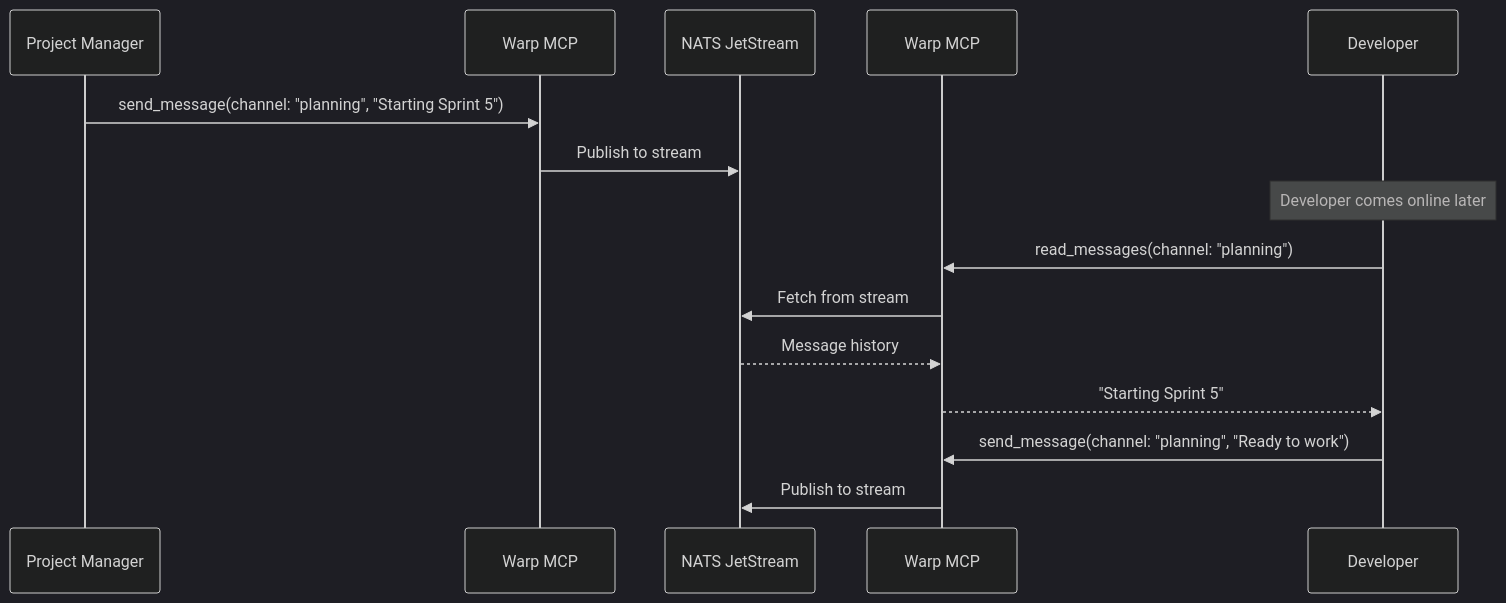
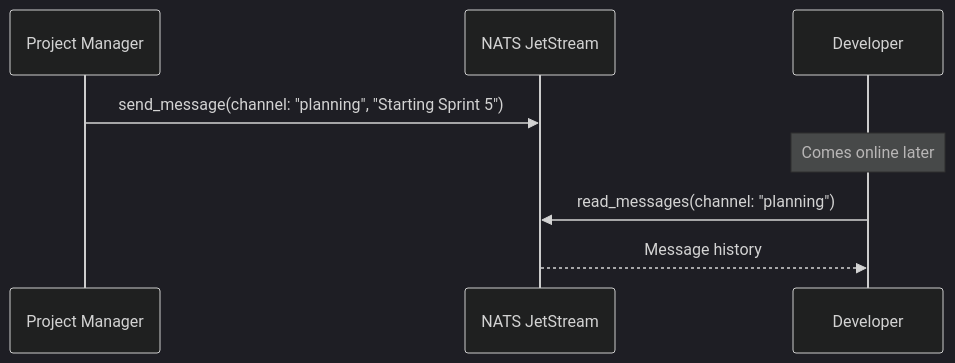
Before and after one commit to mdlopresti/loom: the third of 3 diagrams in README.md, drawn with Mermaid (dark theme). The commit also changed other lines of this file, not shown here.

````diff
--- a/README.md
+++ b/README.md
@@ -262,20 +153,11 @@
 ```mermaid
 sequenceDiagram
     participant PM as Project Manager
-    participant W1 as Warp MCP
     participant NATS as NATS JetStream
-    participant W2 as Warp MCP
     participant Dev as Developer
 
-    PM->>W1: send_message(channel: "planning", "Starting Sprint 5")
-    W1->>NATS: Publish to stream
-
-    Note over Dev: Developer comes online later
-    Dev->>W2: read_messages(channel: "planning")
-    W2->>NATS: Fetch from stream
-    NATS-->>W2: Message history
-    W2-->>Dev: "Starting Sprint 5"
-
-    Dev->>W2: send_message(channel: "planning", "Ready to work")
-    W2->>NATS: Publish to stream
+    PM->>NATS: send_message(channel: "planning", "Starting Sprint 5")
+    Note over Dev: Comes online later
+    Dev->>NATS: read_messages(channel: "planning")
+    NATS-->>Dev: Message history
 ```
````
